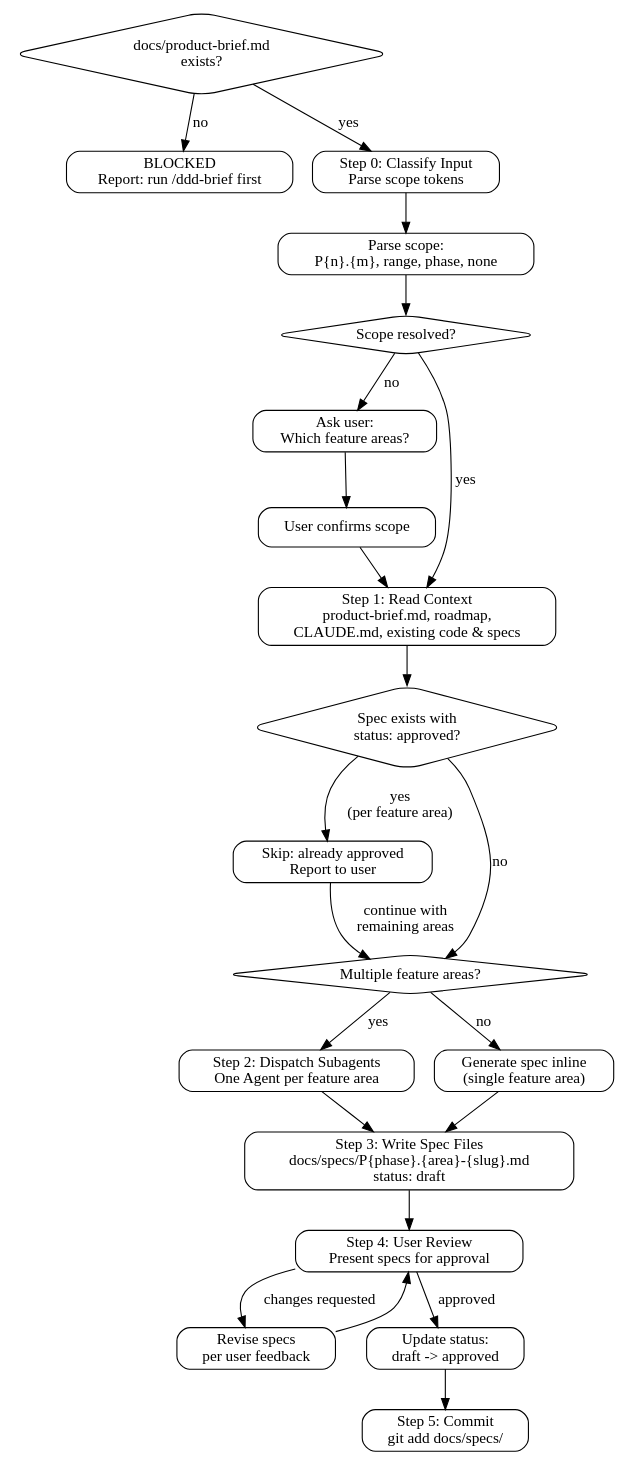
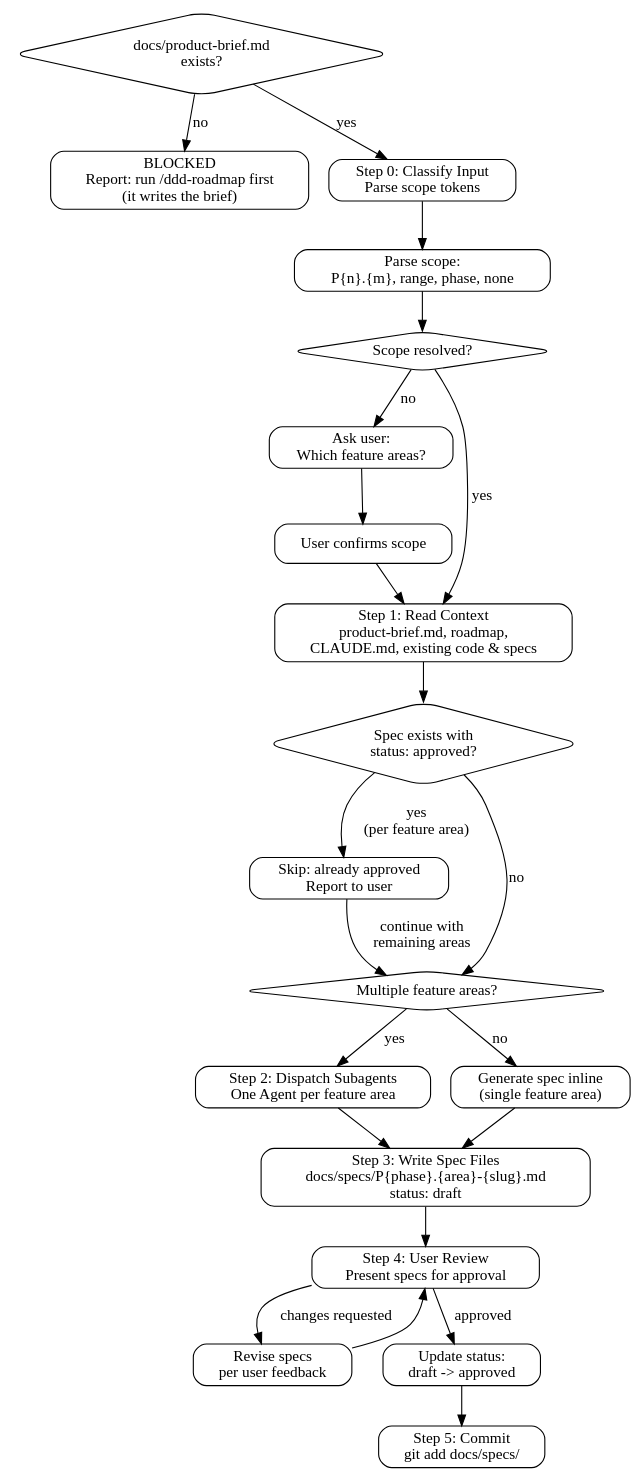
Before and after one commit to litecore-ai/ddd-coding-skills: the diagram in skills/ddd-spec/SKILL.md, drawn with Graphviz. The commit also changed other lines of this file and 8 other files, not shown here.

First line of the commit message:
refactor!: merge ddd-brief into ddd-roadmap (skills 8 -> 7)

````diff
--- a/skills/ddd-spec/SKILL.md
+++ b/skills/ddd-spec/SKILL.md
@@ -38,47 +38,47 @@
 ```dot
 digraph ddd_spec {
   rankdir=TB;
   node [shape=box, style=rounded];
 
   brief_check [label="docs/product-brief.md\nexists?" shape=diamond];
-  blocked [label="BLOCKED\nReport: run /ddd-brief first"];
+  blocked [label="BLOCKED\nReport: run /ddd-roadmap first\n(it writes the brief)"];
   input [label="Step 0: Classify Input\nParse scope tokens"];
   parse [label="Parse scope:\nP{n}.{m}, range, phase, none"];
   has_scope [label="Scope resolved?" shape=diamond];
   ask_user [label="Ask user:\nWhich feature areas?"];
   confirm [label="User confirms scope"];
   read_ctx [label="Step 1: Read Context\nproduct-brief.md, roadmap,\nCLAUDE.md, existing code & specs"];
   skip_check [label="Spec exists with\nstatus: approved?" shape=diamond];
   skip [label="Skip: already approved\nReport to user"];
   multi_check [label="Multiple feature areas?" shape=diamond];
   dispatch [label="Step 2: Dispatch Subagents\nOne Agent per feature area"];
   single [label="Generate spec inline\n(single feature area)"];
   write [label="Step 3: Write Spec Files\ndocs/specs/P{phase}.{area}-{slug}.md\nstatus: draft"];
   review [label="Step 4: User Review\nPresent specs for approval"];
   revise [label="Revise specs\nper user feedback"];
   approve [label="Update status:\ndraft -> approved"];
   commit [label="Step 5: Commit\ngit add docs/specs/"];
 
   brief_check -> blocked [label="no"];
   brief_check -> input [label="yes"];
   input -> parse;
   parse -> has_scope;
   has_scope -> read_ctx [label="yes"];
   has_scope -> ask_user [label="no"];
   ask_user -> confirm;
   confirm -> read_ctx;
   read_ctx -> skip_check;
   skip_check -> skip [label="yes\n(per feature area)"];
   skip -> multi_check [label="continue with\nremaining areas"];
   skip_check -> multi_check [label="no"];
   multi_check -> dispatch [label="yes"];
   multi_check -> single [label="no"];
   dispatch -> write;
   single -> write;
   write -> review;
   review -> revise [label="changes requested"];
   revise -> review;
   review -> approve [label="approved"];
   approve -> commit;
 }
 ```
````
